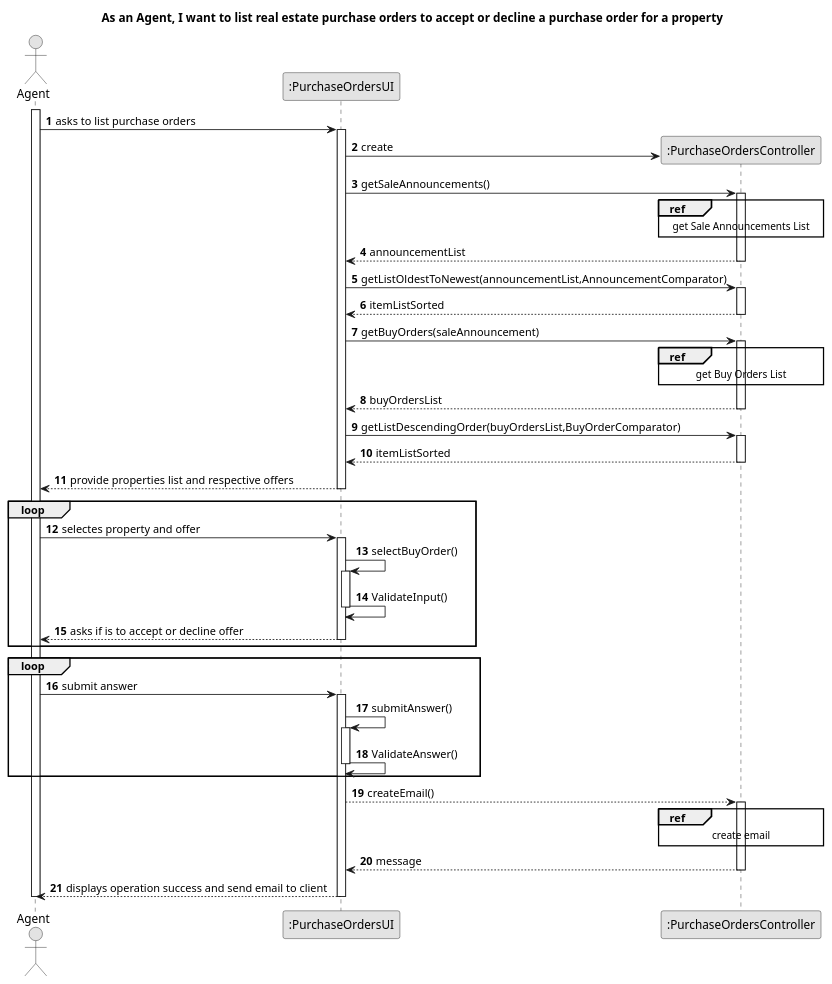
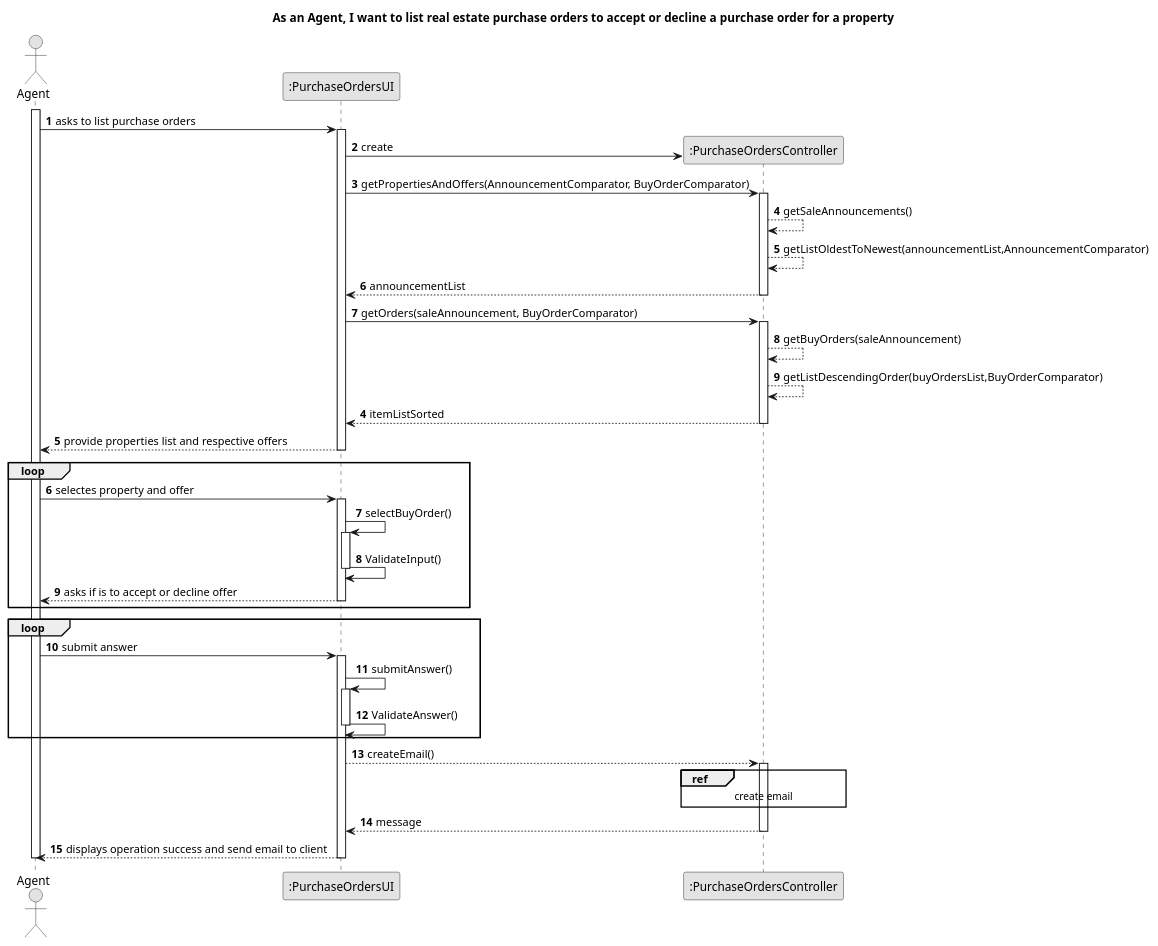
One commit to Shushizinho/RealEstateUSASystem changed the diagram in docs/sprintD/us011/03.design/puml/us011-sequence-diagram-split.puml. Above: the diagram before and after it, drawn with PlantUML. The commit also changed 9 other files, not shown here.

Commit message:
update US11 UI, Rep and Test (As an agent, I want to list real estate purchase orders to accept or decline a purchase order for a property. After accepting or declining, an email notification  should be sent to the customer.)

```diff
--- a/docs/sprintD/us011/03.design/puml/us011-sequence-diagram-split.puml
+++ b/docs/sprintD/us011/03.design/puml/us011-sequence-diagram-split.puml
@@ -1,113 +1,99 @@
 @startuml
 skinparam monochrome true
 skinparam packageStyle rectangle
 skinparam shadowing false
 
 title As an Agent, I want to list real estate purchase orders to accept or decline a purchase order for a property
 
 autonumber
 
 actor "Agent" as AGT
 participant ":PurchaseOrdersUI" as UI
 participant ":PurchaseOrdersController" as CTRL
 
 
 
 activate AGT
 
     AGT -> UI : asks to list purchase orders
 
         activate UI
 
             UI -> CTRL** : create
 
-            UI->CTRL : getSaleAnnouncements()
+            UI->CTRL : getPropertiesAndOffers(AnnouncementComparator, BuyOrderComparator)
+
 
                 activate CTRL
-                    ref over CTRL
-                    get Sale Announcements List
-                    end ref
+                 CTRL --> CTRL :getSaleAnnouncements()
+                 CTRL --> CTRL : getListOldestToNewest(announcementList,AnnouncementComparator)
+
+                CTRL --> UI : announcementList
+
+                deactivate CTRL
+
+                UI-> CTRL : getOrders(saleAnnouncement, BuyOrderComparator)
+
+                activate CTRL
+
+                 CTRL -->CTRL: getBuyOrders(saleAnnouncement)
+
+
+
+                 CTRL --> CTRL : getListDescendingOrder(buyOrdersList,BuyOrderComparator)
 
                 autonumber 4
-                CTRL-->UI : announcementList
+                CTRL-->UI : itemListSorted
                 deactivate CTRL
 
-            UI -> CTRL : getListOldestToNewest(announcementList,AnnouncementComparator)
-                activate CTRL
 
-'                ref over CTRL
-'                get Announcements List Sorted By Oldest to Newest
-'                end ref
 
-            autonumber 6
-            CTRL --> UI : itemListSorted
-            deactivate CTRL
-
-            UI ->CTRL: getBuyOrders(saleAnnouncement)
-
-                activate CTRL
-                    ref over CTRL
-                    get Buy Orders List
-                    end ref
-
-                autonumber 8
-            CTRL-->UI : buyOrdersList
-            deactivate CTRL
-
-            UI -> CTRL : getListDescendingOrder(buyOrdersList,BuyOrderComparator)
-                activate CTRL
-
-'                ref over CTRL
-'                get Buy Order List Sorted By Higher to lower
-'                end ref
-            autonumber 10
-            CTRL --> UI : itemListSorted
-            deactivate CTRL
+'
 
             UI --> AGT : provide properties list and respective offers
         deactivate UI
 
     group loop
     AGT -> UI : selectes property and offer
     activate UI
 
         UI -> UI : selectBuyOrder()
         activate UI
 
         UI->UI : ValidateInput()
         deactivate UI
 
 
     UI--> AGT : asks if is to accept or decline offer
     deactivate UI
     end
 
     group loop
     AGT -> UI : submit answer
     activate UI
 
         UI -> UI : submitAnswer()
         activate UI
 
         UI->UI : ValidateAnswer()
         deactivate UI
 
         end
 
         UI --> CTRL : createEmail()
         activate CTRL
 
         ref over CTRL
         create email
         end ref
 
         CTRL --> UI: message
         deactivate CTRL
 
     UI --> AGT: displays operation success and send email to client
     deactivate UI
 
 
 deactivate AGT
 
 @enduml
```
